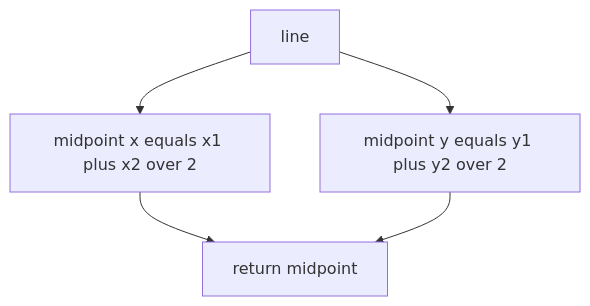
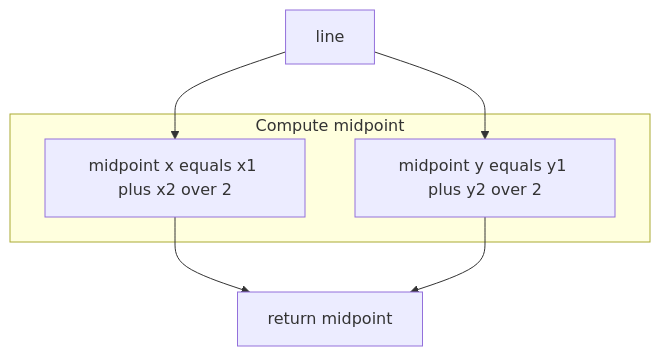
One commit to Gh0st352/AETHR changed the second of 4 diagrams in docs/poly/rays_midpoints_and_slopes.md. Above: the diagram before and after it, drawn with Mermaid. The commit also changed other lines of this file and 9 other files, not shown here.

First line of the commit message:
docs(poly): improve README headings and mermaid diagrams

````diff
--- a/docs/poly/rays_midpoints_and_slopes.md
+++ b/docs/poly/rays_midpoints_and_slopes.md
@@ -44,7 +75,17 @@
 ```mermaid
+%% shared theme: docs/_mermaid/theme.json %%
 flowchart TD
   M1[line] --> M2[midpoint x equals x1 plus x2 over 2]
   M1 --> M3[midpoint y equals y1 plus y2 over 2]
   M2 --> MOUT[return midpoint]
   M3 --> MOUT
+
+  subgraph "Compute midpoint"
+    M2
+    M3
+  end
+
+  class M1 class_io;
+  class M2,M3 class_step;
+  class MOUT class_result;
 ```
````
